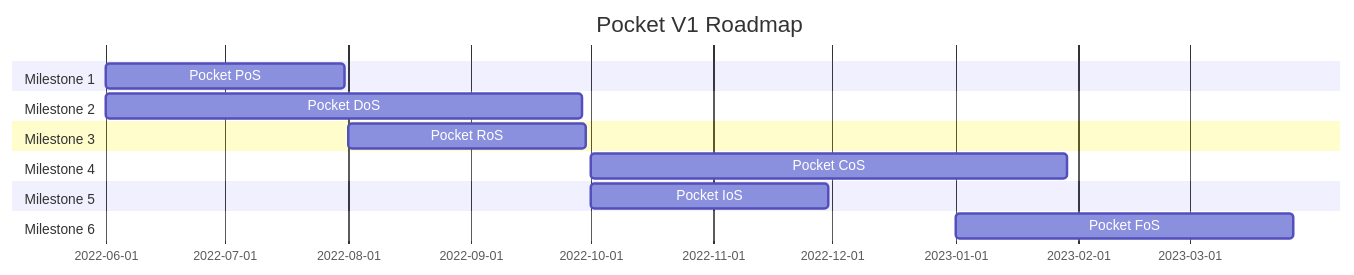
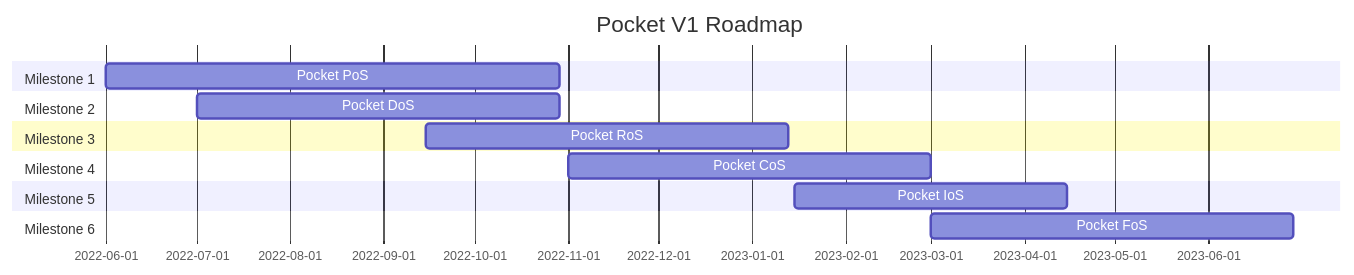
The diagram in docs/roadmap/README.md (pokt-network/pocket), drawn with Mermaid before and after one commit.

Commit message:
First update at new V1 timelines

````diff
--- a/docs/roadmap/README.md
+++ b/docs/roadmap/README.md
@@ -21,17 +21,17 @@
 ```mermaid
 gantt
     title Pocket V1 Roadmap
     dateFormat  YYYY-MM-DD
     section Milestone 1
-        Pocket PoS       :a1, 2022-06-01, 60d
+        Pocket PoS       :a1, 2022-06-01, 150d
     section Milestone 2
-        Pocket DoS       :a1, 2022-06-01, 120d
+        Pocket DoS       :a1, 2022-07-01, 120d
     section Milestone 3
-        Pocket RoS       :a1, 2022-08-01, 60d
+        Pocket RoS       :a1, 2022-09-15, 120d
     section Milestone 4
-        Pocket CoS       :a1, 2022-10-01, 120d
+        Pocket CoS       :a1, 2022-11-01, 120d
     section Milestone 5
-        Pocket IoS       :a1, 2022-10-01, 60d
+        Pocket IoS       :a1, 2023-01-15, 90d
     section Milestone 6
-        Pocket FoS       :a1, 2023-01-01, 85d
+        Pocket FoS       :a1, 2023-03-01, 120d
 ```
````
